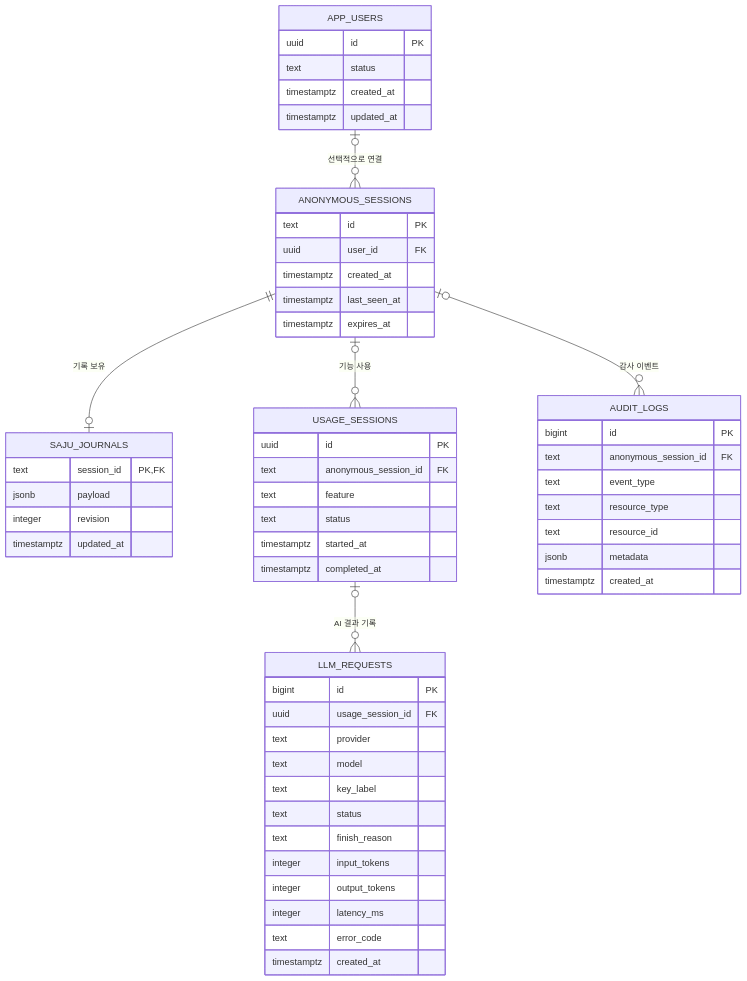
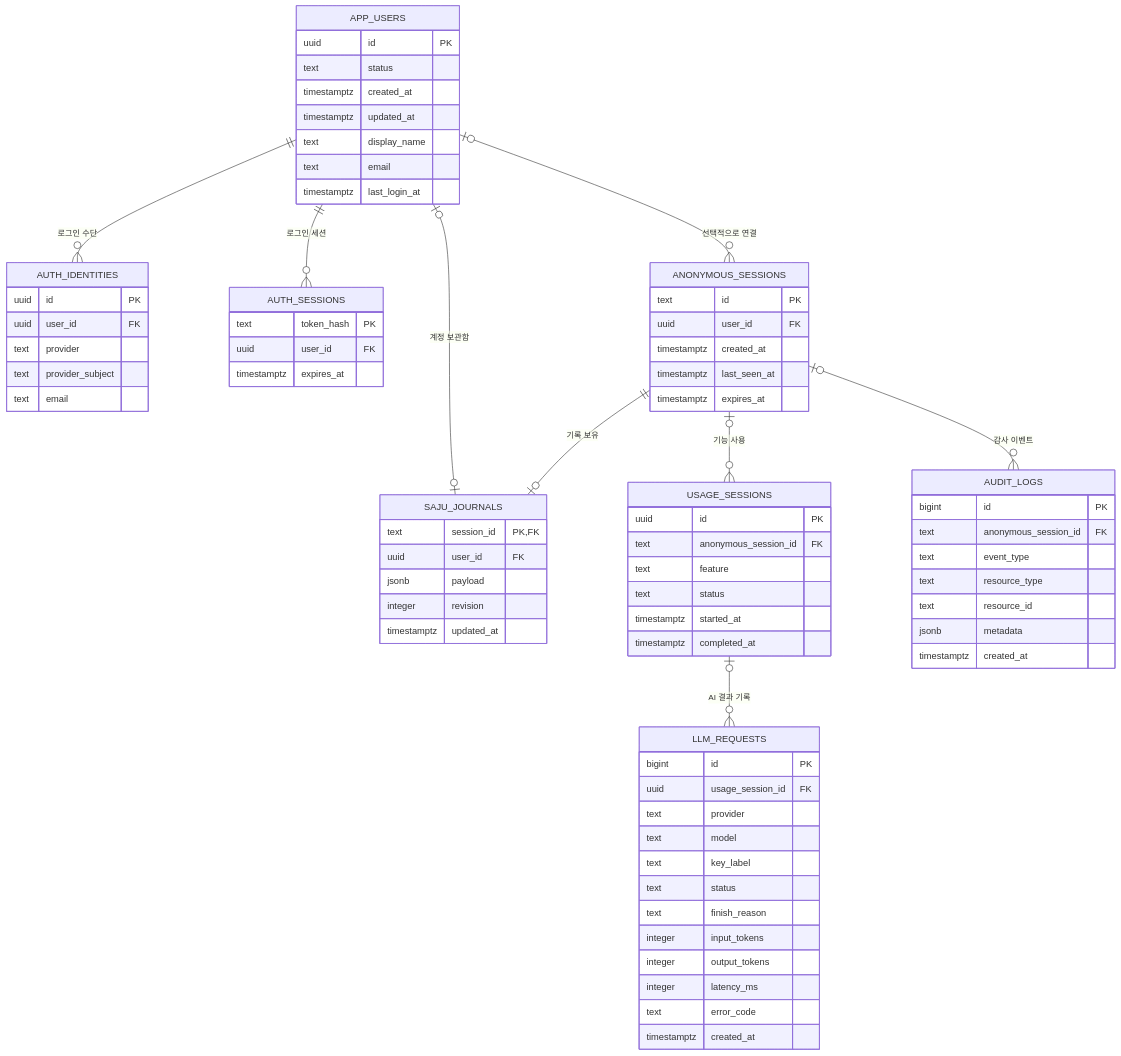
The diagram in docs/database.md (red484/SAJU-M), drawn with Mermaid before and after one commit. The commit also changed other lines of this file and 25 other files, not shown here.

````diff
--- a/docs/database.md
+++ b/docs/database.md
@@ -11,59 +11,78 @@
 ```mermaid
 erDiagram
+  APP_USERS ||--o{ AUTH_IDENTITIES : "로그인 수단"
+  APP_USERS ||--o{ AUTH_SESSIONS : "로그인 세션"
   APP_USERS o|--o{ ANONYMOUS_SESSIONS : "선택적으로 연결"
+  APP_USERS o|--o| SAJU_JOURNALS : "계정 보관함"
   ANONYMOUS_SESSIONS ||--o| SAJU_JOURNALS : "기록 보유"
   ANONYMOUS_SESSIONS o|--o{ USAGE_SESSIONS : "기능 사용"
   USAGE_SESSIONS o|--o{ LLM_REQUESTS : "AI 결과 기록"
   ANONYMOUS_SESSIONS o|--o{ AUDIT_LOGS : "감사 이벤트"
 
   APP_USERS {
     uuid id PK
     text status
     timestamptz created_at
     timestamptz updated_at
+    text display_name
+    text email
+    timestamptz last_login_at
+  }
+  AUTH_IDENTITIES {
+    uuid id PK
+    uuid user_id FK
+    text provider
+    text provider_subject
+    text email
+  }
+  AUTH_SESSIONS {
+    text token_hash PK
+    uuid user_id FK
+    timestamptz expires_at
   }
   ANONYMOUS_SESSIONS {
     text id PK
     uuid user_id FK
     timestamptz created_at
     timestamptz last_seen_at
     timestamptz expires_at
   }
   SAJU_JOURNALS {
     text session_id PK,FK
+    uuid user_id FK
     jsonb payload
     integer revision
     timestamptz updated_at
   }
   USAGE_SESSIONS {
     uuid id PK
     text anonymous_session_id FK
     text feature
     text status
     timestamptz started_at
     timestamptz completed_at
   }
   LLM_REQUESTS {
     bigint id PK
     uuid usage_session_id FK
     text provider
     text model
     text key_label
     text status
     text finish_reason
     integer input_tokens
     integer output_tokens
     integer latency_ms
     text error_code
     timestamptz created_at
   }
   AUDIT_LOGS {
     bigint id PK
     text anonymous_session_id FK
     text event_type
     text resource_type
     text resource_id
     jsonb metadata
     timestamptz created_at
   }
 ```
````
